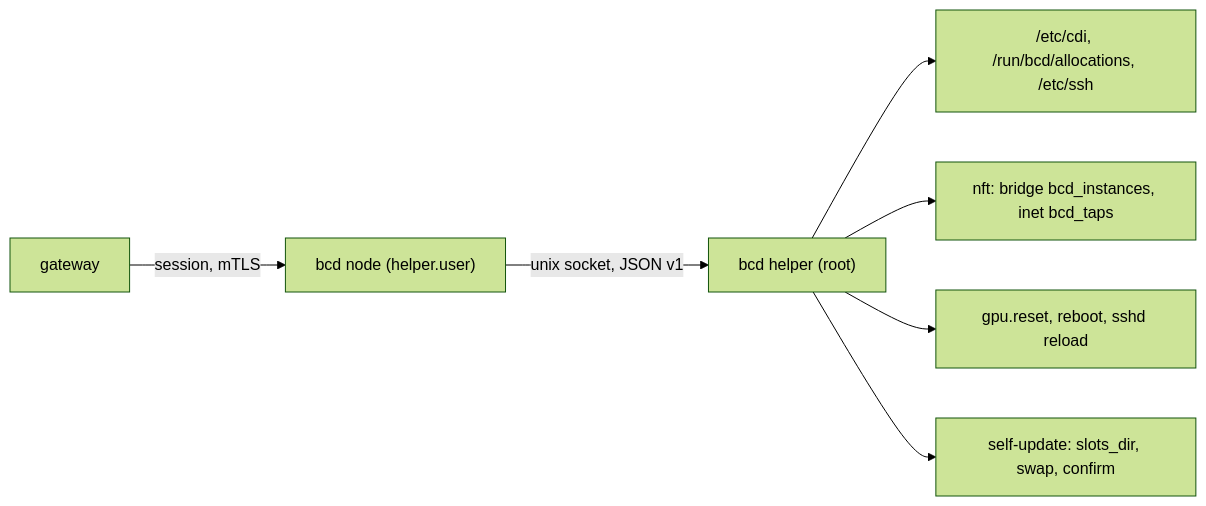
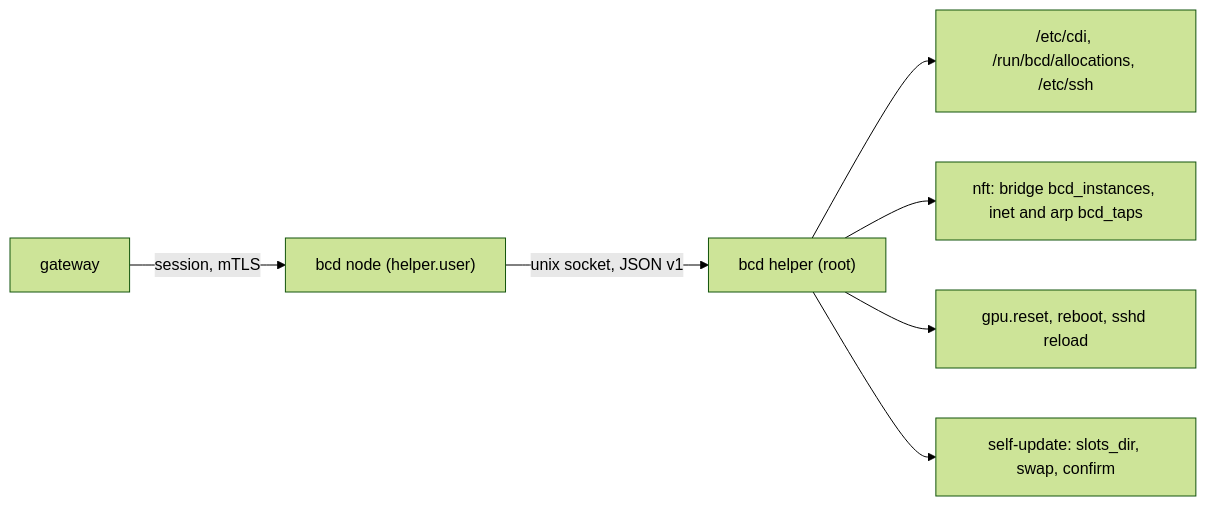
Before and after one commit to Better-Compute/better-compute: the second of 2 diagrams in apps/docs/content/docs/daemon/index.mdx, drawn with Mermaid (forest theme). The commit also changed other lines of this file and 27 other files, not shown here.

````diff
--- a/apps/docs/content/docs/daemon/index.mdx
+++ b/apps/docs/content/docs/daemon/index.mdx
@@ -319,9 +322,9 @@
 ```mermaid
 flowchart LR
   G["gateway"] -->|"session, mTLS"| N["bcd node (helper.user)"]
   N -->|"unix socket, JSON v1"| H["bcd helper (root)"]
   H --> F["/etc/cdi, /run/bcd/allocations, /etc/ssh"]
-  H --> T["nft: bridge bcd_instances, inet bcd_taps"]
+  H --> T["nft: bridge bcd_instances, inet and arp bcd_taps"]
   H --> R["gpu.reset, reboot, sshd reload"]
   H --> U["self-update: slots_dir, swap, confirm"]
 ```
````
